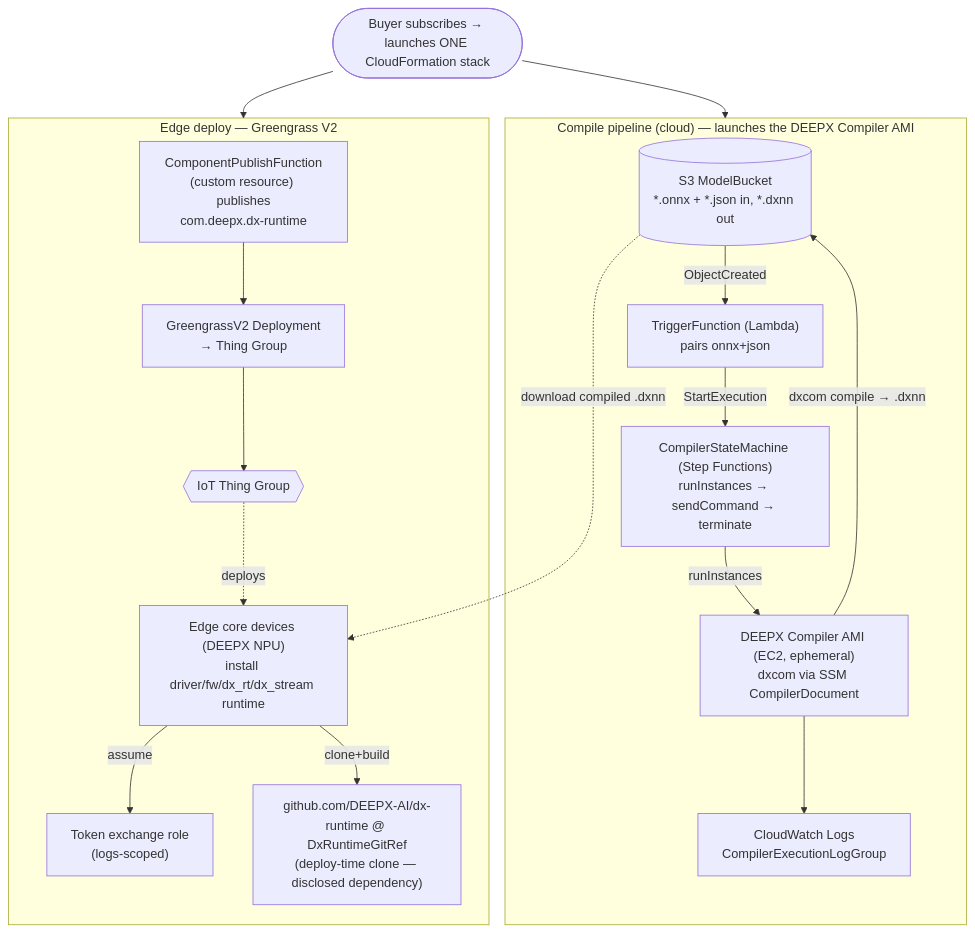
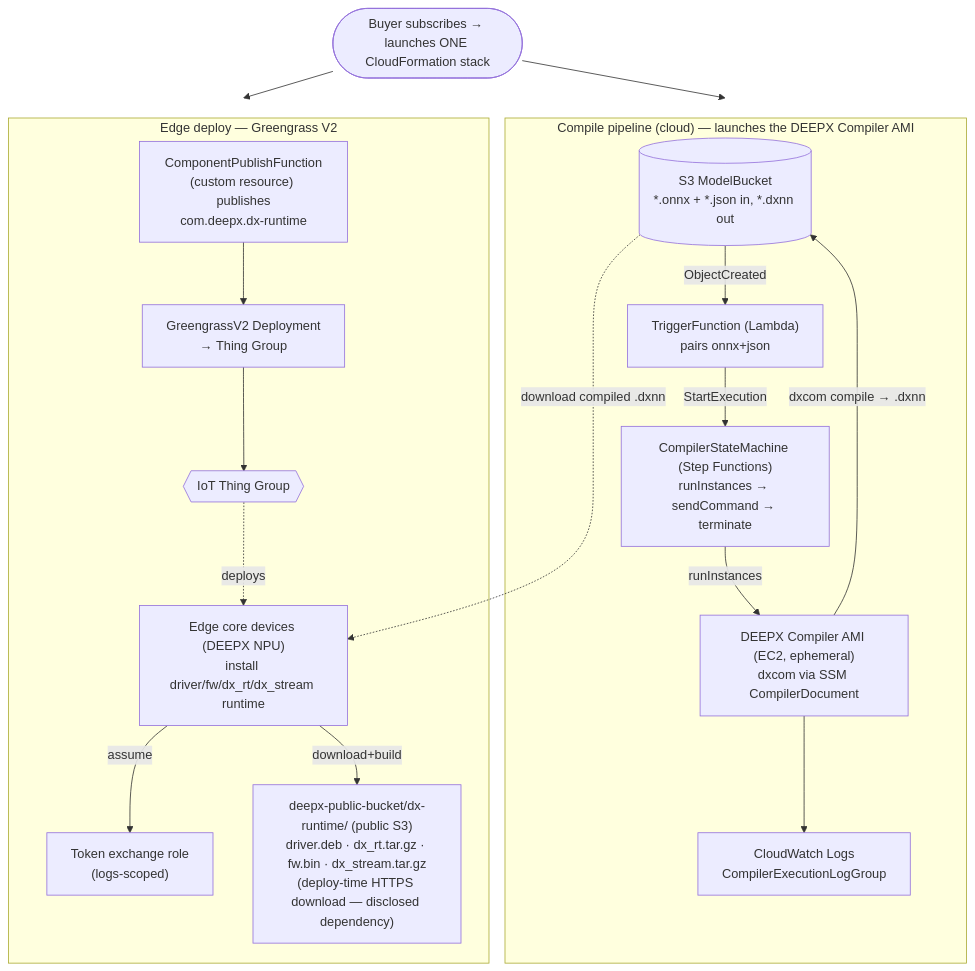
One commit to deepx-sangminkang/greengrass-poc changed the diagram in docs/architecture.md. Above: the diagram before and after it, drawn with Mermaid. The commit also changed other lines of this file and 19 other files, not shown here.

````diff
--- a/docs/architecture.md
+++ b/docs/architecture.md
@@ -12,32 +12,32 @@
 ```mermaid
 flowchart TB
     buyer(["Buyer subscribes → launches ONE CloudFormation stack"])
 
     subgraph Compile["Compile pipeline (cloud) — launches the DEEPX Compiler AMI"]
         S3[("S3 ModelBucket<br/>*.onnx + *.json in, *.dxnn out")]
         TF["TriggerFunction (Lambda)<br/>pairs onnx+json"]
         SFN["CompilerStateMachine (Step Functions)<br/>runInstances → sendCommand → terminate"]
         AMI["DEEPX Compiler AMI (EC2, ephemeral)<br/>dxcom via SSM CompilerDocument"]
         CW1["CloudWatch Logs<br/>CompilerExecutionLogGroup"]
         S3 -->|ObjectCreated| TF -->|StartExecution| SFN
         SFN -->|runInstances| AMI
         AMI -->|dxcom compile → .dxnn| S3
         AMI --> CW1
     end
 
     subgraph Edge["Edge deploy — Greengrass V2"]
         PUB["ComponentPublishFunction<br/>(custom resource) publishes<br/>com.deepx.dx-runtime"]
         DEP["GreengrassV2 Deployment<br/>→ Thing Group"]
         TG{{"IoT Thing Group"}}
         TER["Token exchange role<br/>(logs-scoped)"]
         DEV["Edge core devices (DEEPX NPU)<br/>install driver/fw/dx_rt/dx_stream runtime"]
-        GH["github.com/DEEPX-AI/dx-runtime @ DxRuntimeGitRef<br/>(deploy-time clone — disclosed dependency)"]
+        GH["deepx-public-bucket/dx-runtime/ (public S3)<br/>driver.deb · dx_rt.tar.gz · fw.bin · dx_stream.tar.gz<br/>(deploy-time HTTPS download — disclosed dependency)"]
         PUB --> DEP --> TG -.deploys.-> DEV
         DEV -->|assume| TER
-        DEV -->|clone+build| GH
+        DEV -->|download+build| GH
     end
 
     buyer --> Compile
     buyer --> Edge
     S3 -.->|download compiled .dxnn| DEV
 ```
````
